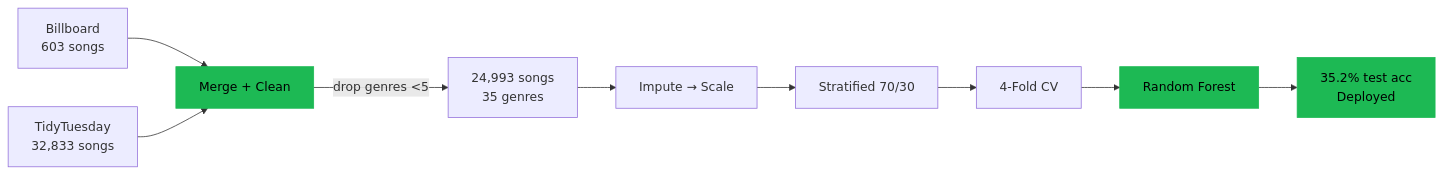
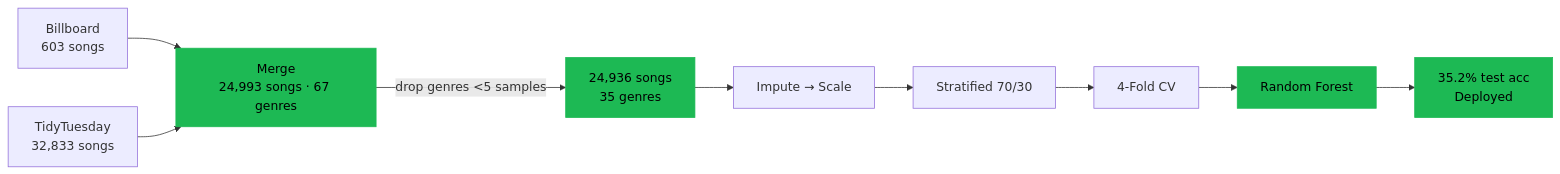
One commit to mateoportillo1900/Spotify-ML-Model changed the first of 3 diagrams in README.md. Above: the diagram before and after it, drawn with Mermaid. The commit also changed other lines of this file and 2 other files, not shown here.

Commit message:
Consistency audit: fix 24,993 vs 24,936 in pipeline diagrams, align breadcrumb to KPI, add baseline context

````diff
--- a/README.md
+++ b/README.md
@@ -73,15 +73,16 @@
 ```mermaid
 flowchart LR
-    A[Billboard<br/>603 songs] --> M[Merge + Clean]
+    A[Billboard<br/>603 songs] --> M[Merge<br/>24,993 songs · 67 genres]
     B[TidyTuesday<br/>32,833 songs] --> M
-    M --> |drop genres &lt;5| D[24,993 songs<br/>35 genres]
+    M --> |drop genres &lt;5 samples| D[24,936 songs<br/>35 genres]
     D --> P[Impute → Scale]
     P --> S[Stratified 70/30]
     S --> CV[4-Fold CV]
     CV --> RF[Random Forest]
     RF --> OUT[35.2% test acc<br/>Deployed]
 
     style M fill:#1DB954,stroke:#1DB954,color:#000
+    style D fill:#1DB954,stroke:#1DB954,color:#000
     style RF fill:#1DB954,stroke:#1DB954,color:#000
     style OUT fill:#1DB954,stroke:#1DB954,color:#000
 ```
````
